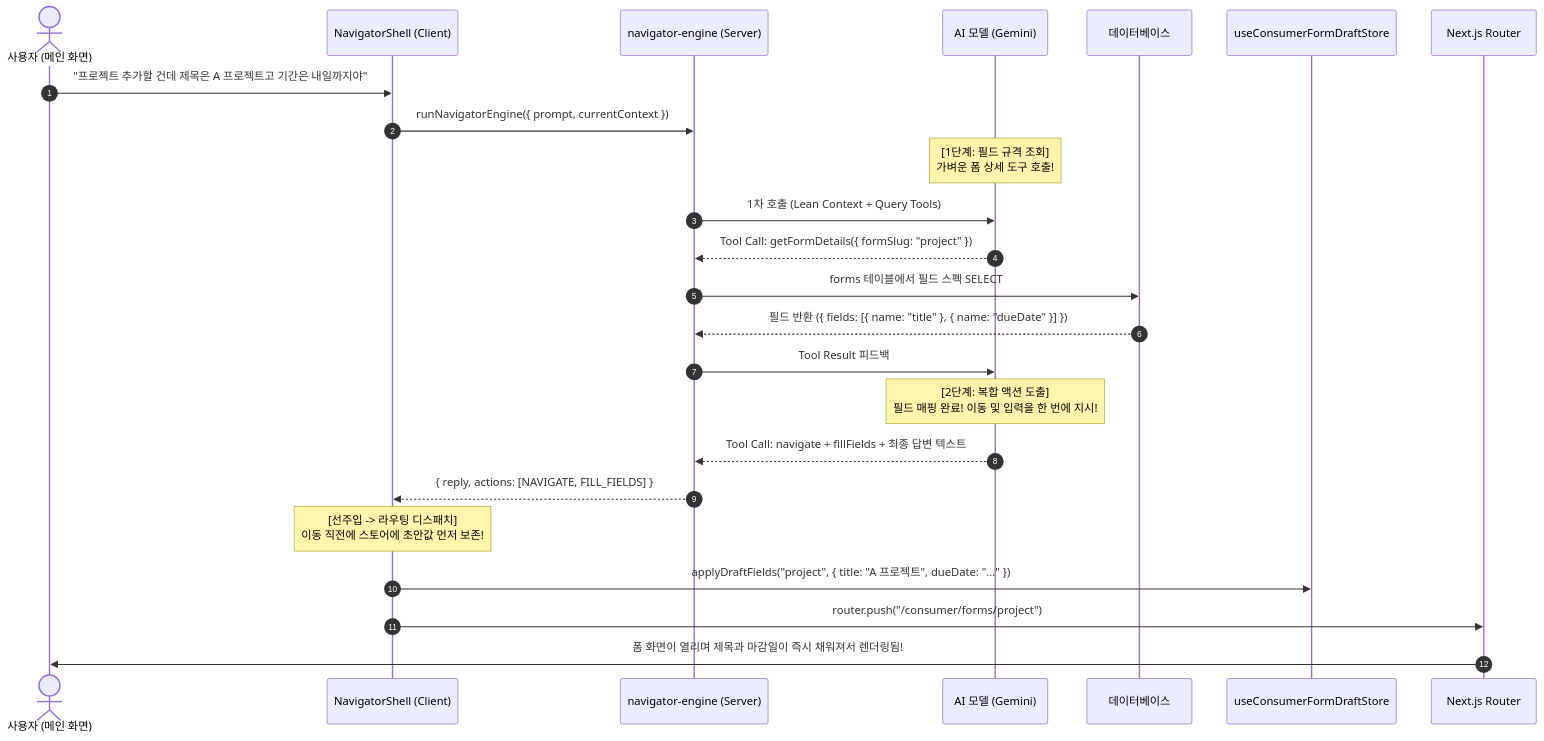
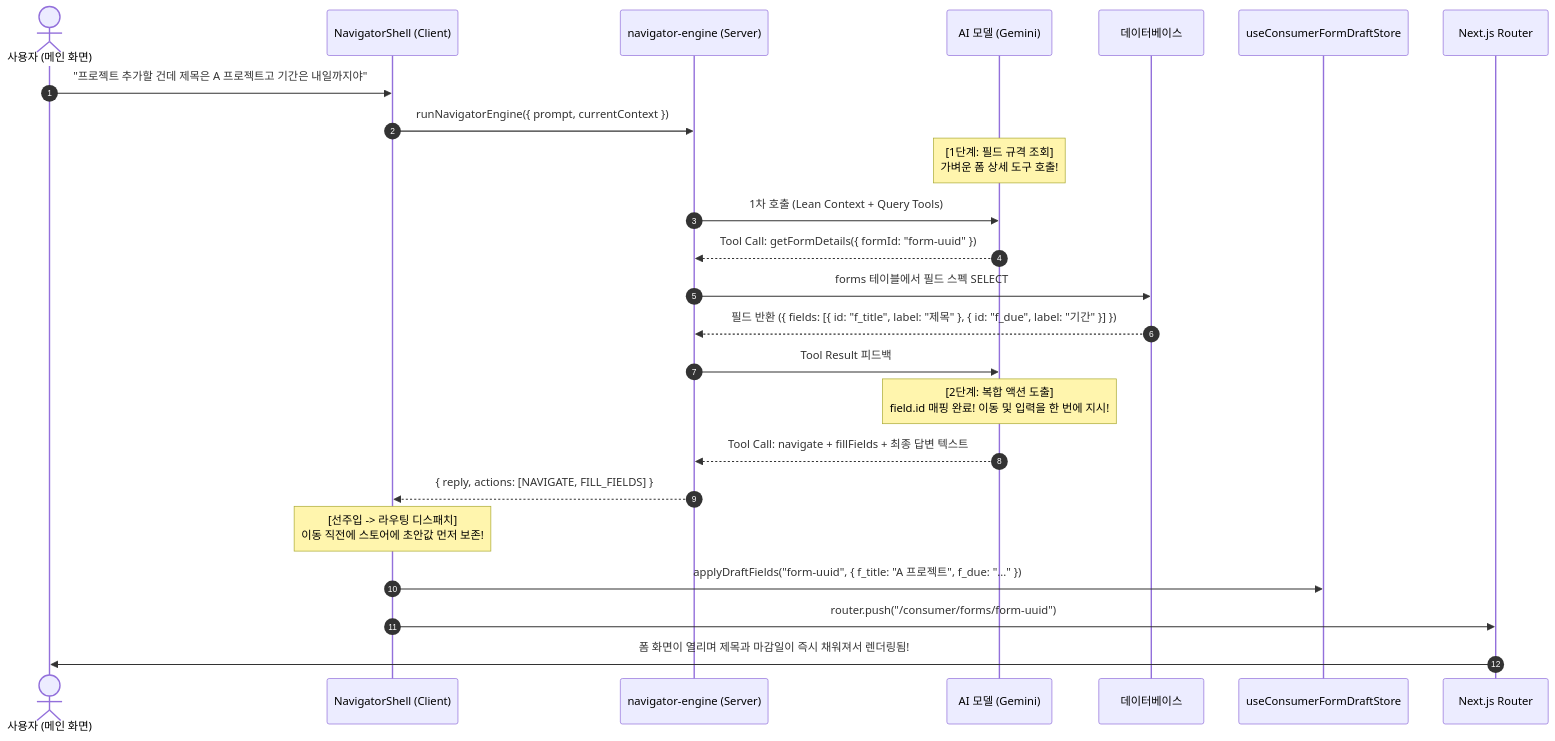
The diagram in docs/specs/active/003-on-demand-navigator-engine.md (ssogle/dynamic-form-engine), drawn with Mermaid before and after one commit. The commit also changed other lines of this file and 68 other files, not shown here.

````diff
--- a/docs/specs/active/003-on-demand-navigator-engine.md
+++ b/docs/specs/active/003-on-demand-navigator-engine.md
@@ -219,33 +189,33 @@
 ```mermaid
 sequenceDiagram
     autonumber
     actor User as 사용자 (메인 화면)
     participant Shell as NavigatorShell (Client)
     participant Engine as navigator-engine (Server)
     participant LLM as AI 모델 (Gemini)
     participant DB as 데이터베이스
     participant Store as useConsumerFormDraftStore
     participant Router as Next.js Router
 
     User->>Shell: "프로젝트 추가할 건데 제목은 A 프로젝트고 기간은 내일까지야"
     Shell->>Engine: runNavigatorEngine({ prompt, currentContext })
 
     Note over LLM: [1단계: 필드 규격 조회]<br/>가벼운 폼 상세 도구 호출!
     Engine->>LLM: 1차 호출 (Lean Context + Query Tools)
-    LLM-->>Engine: Tool Call: getFormDetails({ formSlug: "project" })
+    LLM-->>Engine: Tool Call: getFormDetails({ formId: "form-uuid" })
 
     Engine->>DB: forms 테이블에서 필드 스펙 SELECT
-    DB-->>Engine: 필드 반환 ({ fields: [{ name: "title" }, { name: "dueDate" }] })
+    DB-->>Engine: 필드 반환 ({ fields: [{ id: "f_title", label: "제목" }, { id: "f_due", label: "기간" }] })
     Engine->>LLM: Tool Result 피드백
 
-    Note over LLM: [2단계: 복합 액션 도출]<br/>필드 매핑 완료! 이동 및 입력을 한 번에 지시!
+    Note over LLM: [2단계: 복합 액션 도출]<br/>field.id 매핑 완료! 이동 및 입력을 한 번에 지시!
     LLM-->>Engine: Tool Call: navigate + fillFields + 최종 답변 텍스트
 
     Engine-->>Shell: { reply, actions: [NAVIGATE, FILL_FIELDS] }
 
     Note over Shell: [선주입 -> 라우팅 디스패치]<br/>이동 직전에 스토어에 초안값 먼저 보존!
-    Shell->>Store: applyDraftFields("project", { title: "A 프로젝트", dueDate: "..." })
-    Shell->>Router: router.push("/consumer/forms/project")
+    Shell->>Store: applyDraftFields("form-uuid", { f_title: "A 프로젝트", f_due: "..." })
+    Shell->>Router: router.push("/consumer/forms/form-uuid")
 
     Router->>User: 폼 화면이 열리며 제목과 마감일이 즉시 채워져서 렌더링됨!
 ```
````
